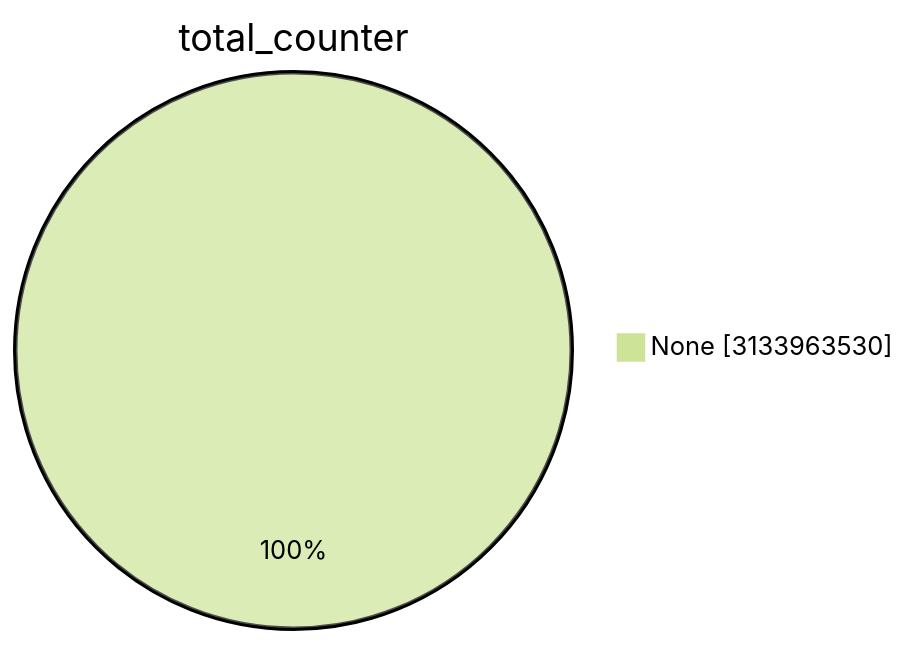
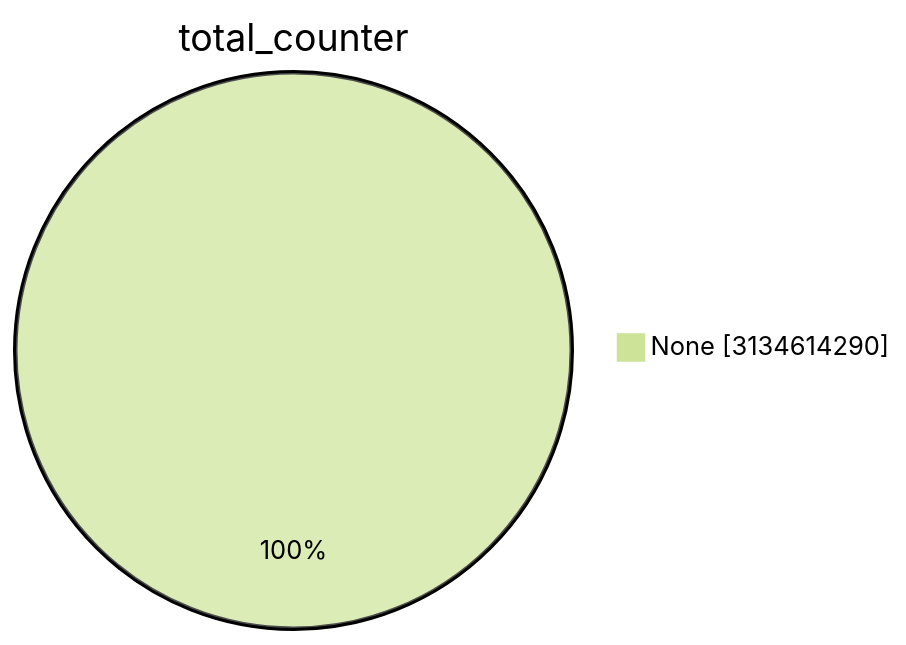
Before and after one commit to christiankrug/ctmonitor_visualization: the first of 15 diagrams in TOTAL/README.md, drawn with Mermaid (forest theme). The commit also changed other lines of this file, not shown here.

````diff
--- a/TOTAL/README.md
+++ b/TOTAL/README.md
@@ -1,5 +1,5 @@
 ```mermaid
 pie showData
 title total_counter
-"None" :3133963530
+"None" :3134614290
 ```
````
